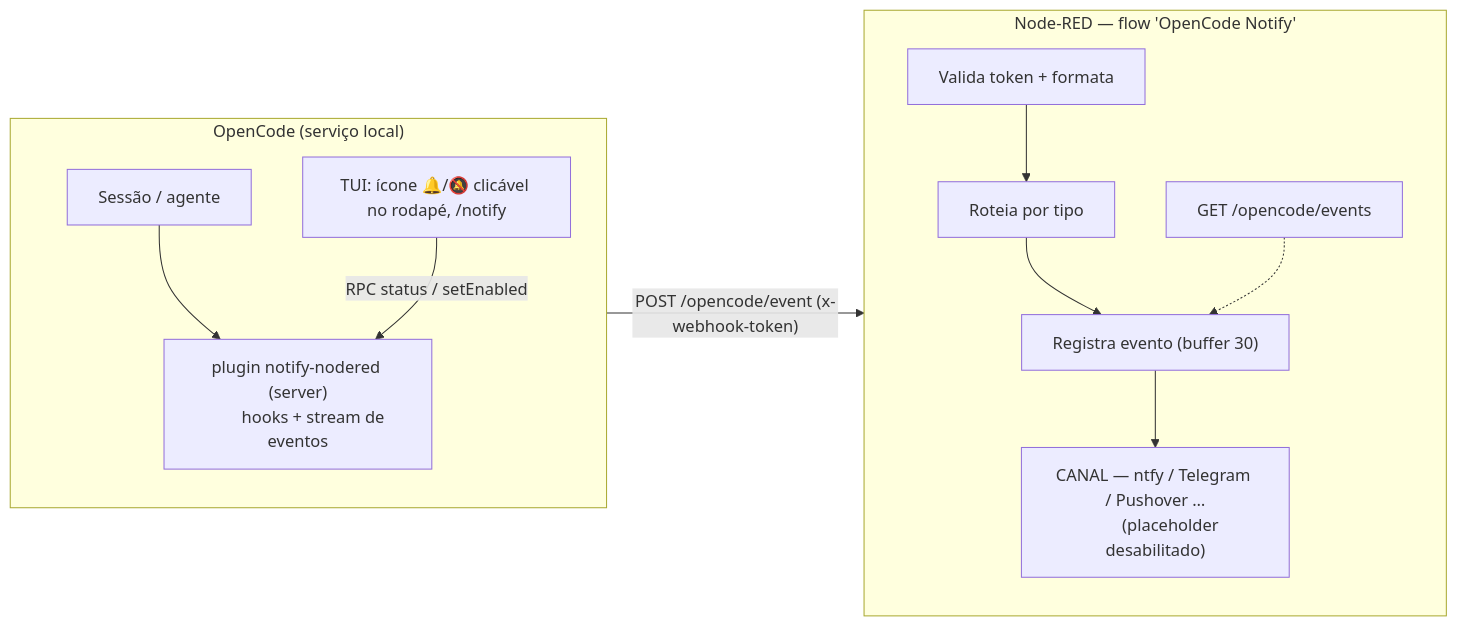
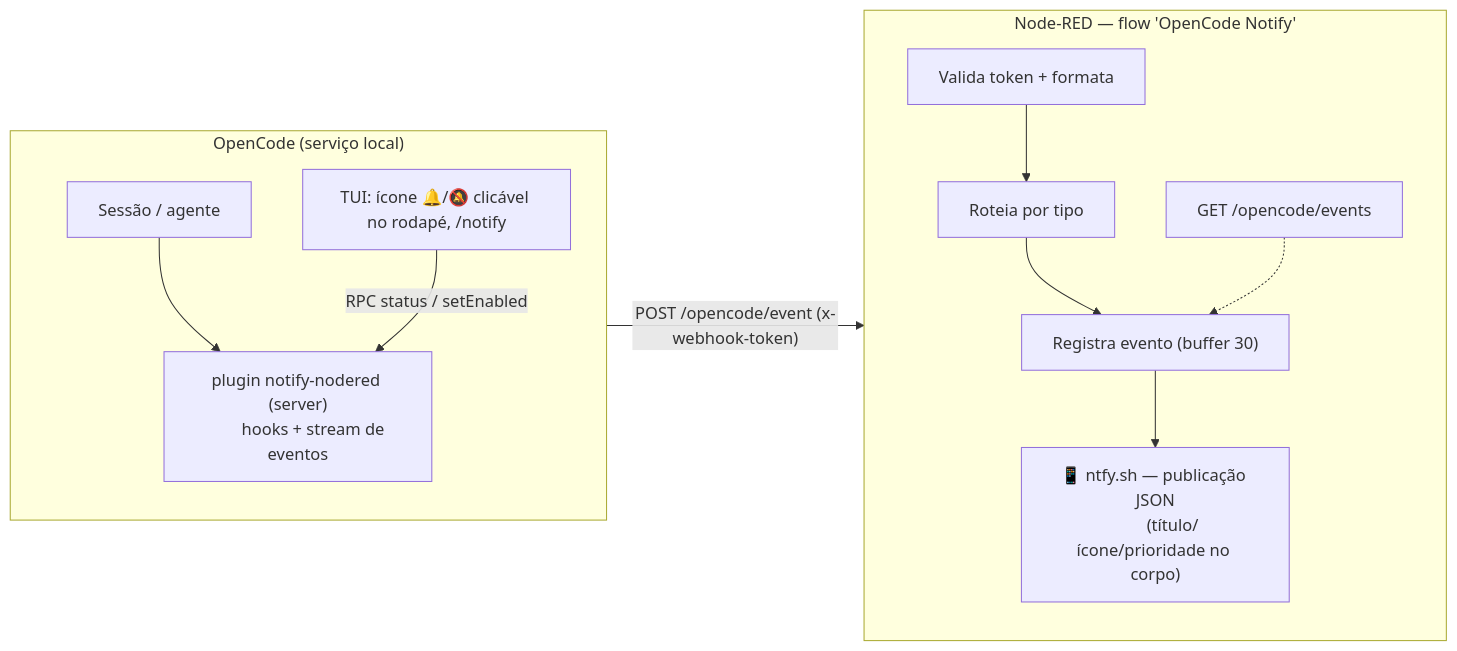
Before and after one commit to Brook-sys/notify-opencode: the first of 2 diagrams in docs/arquitetura.md, drawn with Mermaid. The commit also changed 12 other files, not shown here.

````diff
--- a/docs/arquitetura.md
+++ b/docs/arquitetura.md
@@ -10,26 +10,26 @@
 ```mermaid
 flowchart LR
     subgraph OC["OpenCode (serviço local)"]
         direction TB
         S["Sessão / agente"]
         P["plugin notify-nodered (server)
         hooks + stream de eventos"]
         T["TUI: ícone 🔔/🔕 clicável no rodapé, /notify"]
     end
 
     subgraph NR["Node-RED — flow 'OpenCode Notify'"]
         direction TB
         V["Valida token + formata"]
         SW["Roteia por tipo"]
         R["Registra evento (buffer 30)"]
-        C["CANAL — ntfy / Telegram / Pushover …
-        (placeholder desabilitado)"]
+        C["📱 ntfy.sh — publicação JSON
+        (título/ícone/prioridade no corpo)"]
         E["GET /opencode/events"]
     end
 
     S --> P
     P -- "POST /opencode/event (x-webhook-token)" --> V
     V --> SW --> R --> C
     E -.-> R
     T -- "RPC status / setEnabled" --> P
 ```
````
